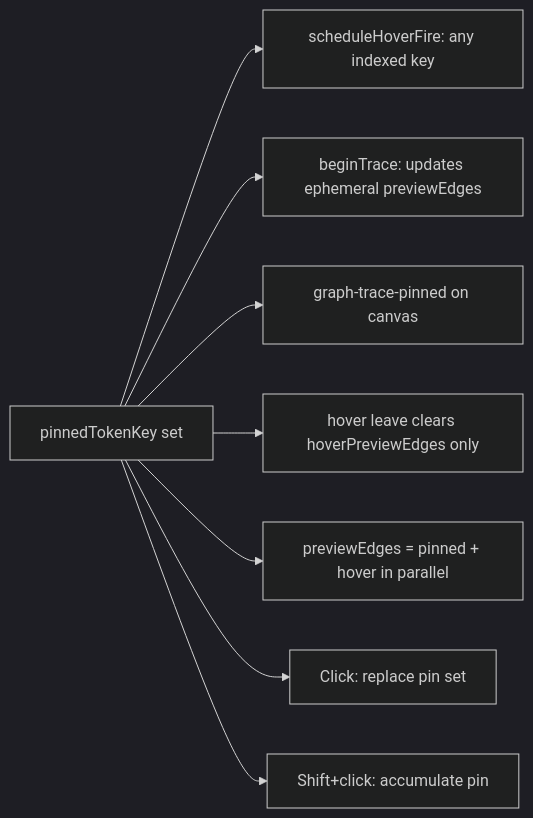
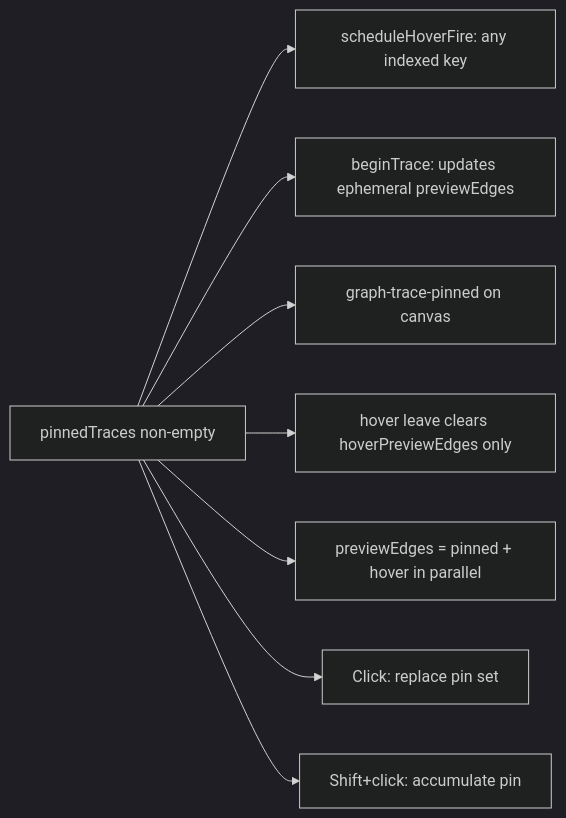
Before and after one commit to matkleve/codegrapher: the tenth of 13 diagrams in docs/specs/system/preview-edges.interactions.supplement.md, drawn with Mermaid (dark theme). The commit also changed other lines of this file and 86 other files, not shown here.

````diff
--- a/docs/specs/system/preview-edges.interactions.supplement.md
+++ b/docs/specs/system/preview-edges.interactions.supplement.md
@@ -314,10 +342,10 @@
 ```mermaid
 flowchart LR
-  Pin[pinnedTokenKey set] --> G1[scheduleHoverFire: any indexed key]
+  Pin[pinnedTraces non-empty] --> G1[scheduleHoverFire: any indexed key]
   Pin --> G2[beginTrace: updates ephemeral previewEdges]
   Pin --> G3[graph-trace-pinned on canvas]
   Pin --> G4[hover leave clears hoverPreviewEdges only]
   Pin --> G5[previewEdges = pinned + hover in parallel]
   Pin --> OK[Click: replace pin set]
   Pin --> Acc[Shift+click: accumulate pin]
 ```
````
